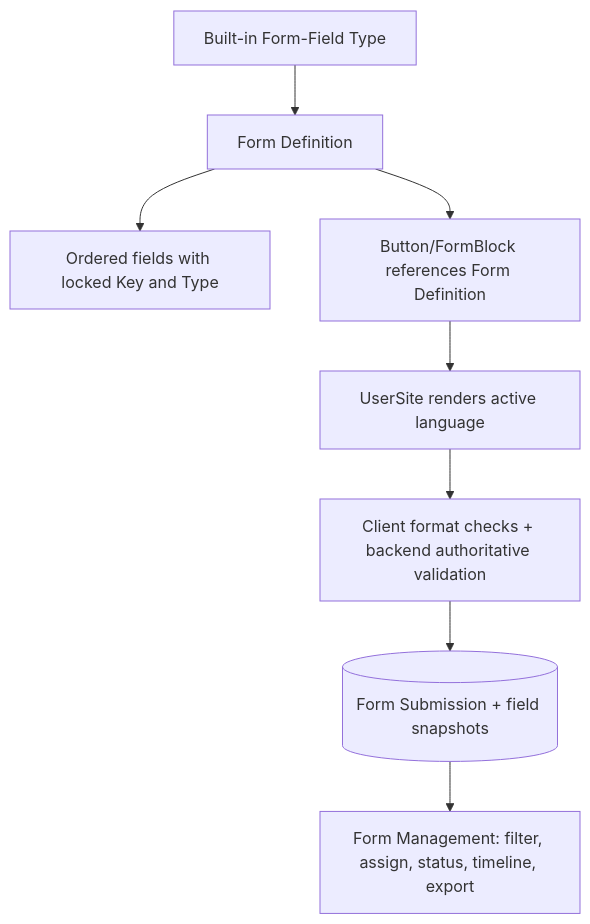
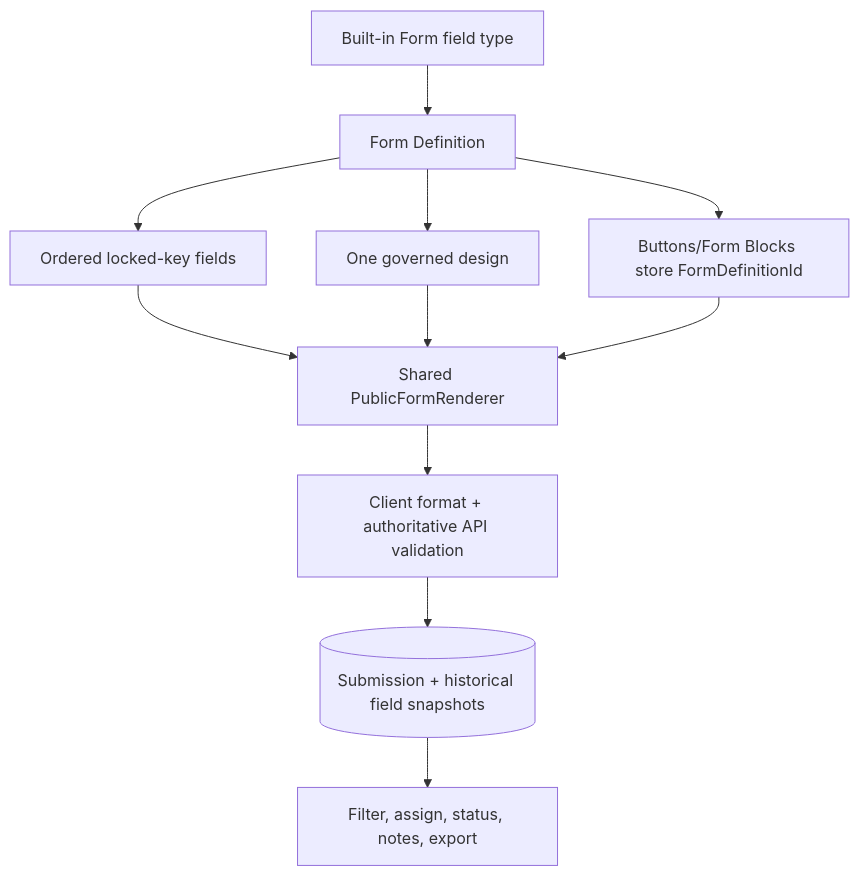
One commit to PHX-LVT/UnIWeb changed the third of 3 diagrams in Docs/ProjectHandoff/03-DATA-WORKFLOWS-AND-INVARIANTS.md. Above: the diagram before and after it, drawn with Mermaid. The commit also changed other lines of this file and 105 other files, not shown here.

Commit message:
Complete Form Design V2 and project refinements

````diff
--- a/Docs/ProjectHandoff/03-DATA-WORKFLOWS-AND-INVARIANTS.md
+++ b/Docs/ProjectHandoff/03-DATA-WORKFLOWS-AND-INVARIANTS.md
@@ -247,10 +422,13 @@
 ```mermaid
 flowchart TD
-    FT["Built-in Form-Field Type"] --> FD["Form Definition"]
-    FD --> Fields["Ordered fields with locked Key and Type"]
-    FD --> Button["Button/FormBlock references Form Definition"]
-    Button --> Public["UserSite renders active language"]
-    Public --> Validate["Client format checks + backend authoritative validation"]
-    Validate --> Submission[("Form Submission + field snapshots")]
-    Submission --> Admin["Form Management: filter, assign, status, timeline, export"]
+    Type["Built-in Form field type"] --> Definition["Form Definition"]
+    Definition --> Fields["Ordered locked-key fields"]
+    Definition --> Design["One governed design"]
+    Definition --> Ref["Buttons/Form Blocks store FormDefinitionId"]
+    Fields --> Renderer["Shared PublicFormRenderer"]
+    Design --> Renderer
+    Ref --> Renderer
+    Renderer --> Validate["Client format + authoritative API validation"]
+    Validate --> Submission[("Submission + historical field snapshots")]
+    Submission --> Admin["Filter, assign, status, notes, export"]
 ```
````
